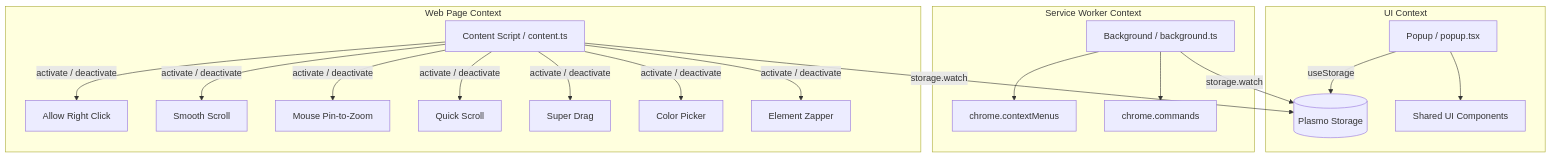
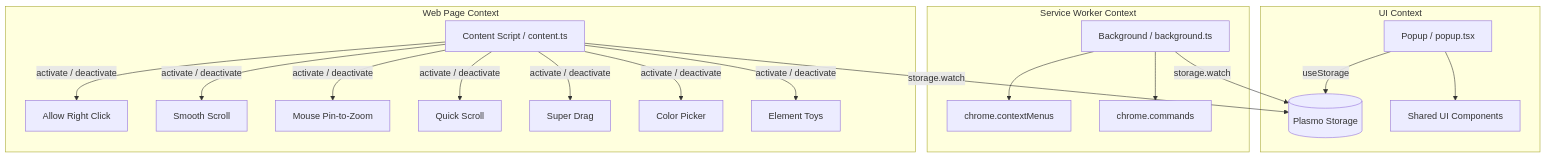
One commit to TrongAJTT/browse-assist changed the diagram in docs/architecture.md. Above: the diagram before and after it, drawn with Mermaid. The commit also changed 31 other files, not shown here.

First line of the commit message:
refactor(element-toys): rename Element Zapper to Element Toys across project

````diff
--- a/docs/architecture.md
+++ b/docs/architecture.md
@@ -11,24 +11,24 @@
 ```mermaid
 graph TD
     subgraph UI Context
         P[Popup / popup.tsx] -->|useStorage| S[(Plasmo Storage)]
         P --> C[Shared UI Components]
     end
 
     subgraph Service Worker Context
         B[Background / background.ts] -->|storage.watch| S
         B --> CM[chrome.contextMenus]
         B --> CMD[chrome.commands]
     end
 
     subgraph Web Page Context
         CS[Content Script / content.ts] -->|storage.watch| S
         CS -->|activate / deactivate| F1[Allow Right Click]
         CS -->|activate / deactivate| F2[Smooth Scroll]
         CS -->|activate / deactivate| F3[Mouse Pin-to-Zoom]
         CS -->|activate / deactivate| F4[Quick Scroll]
         CS -->|activate / deactivate| F5[Super Drag]
         CS -->|activate / deactivate| F6[Color Picker]
-        CS -->|activate / deactivate| F7[Element Zapper]
+        CS -->|activate / deactivate| F7[Element Toys]
     end
 ```
````
